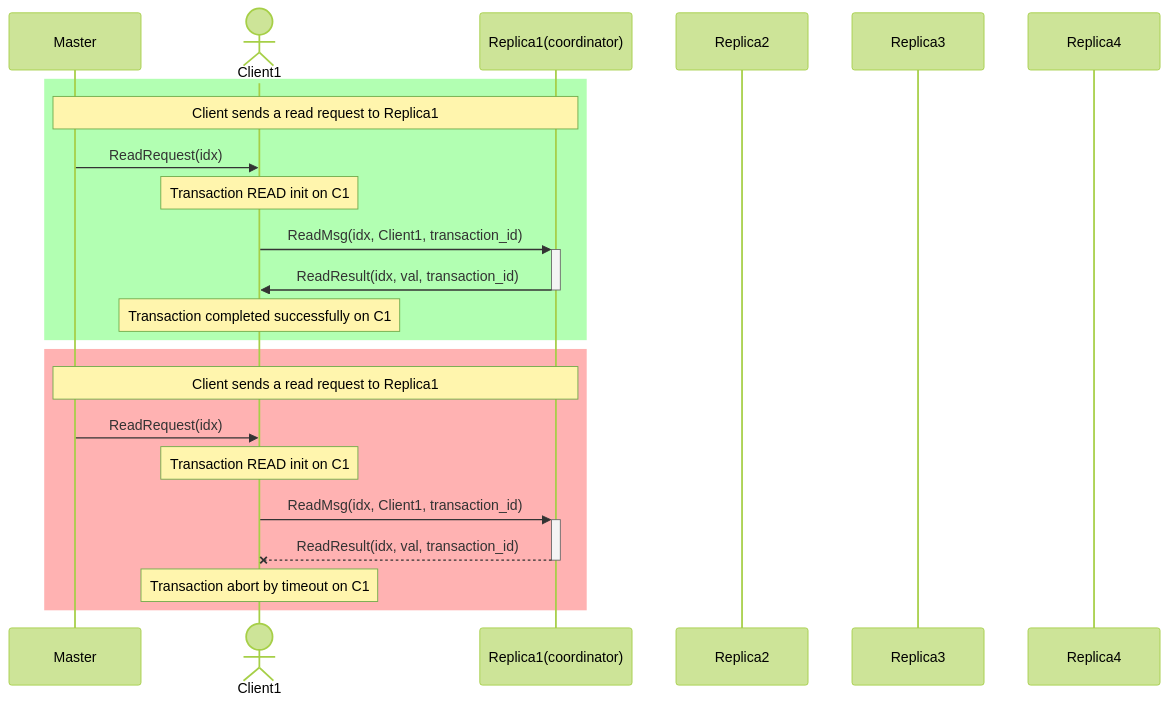
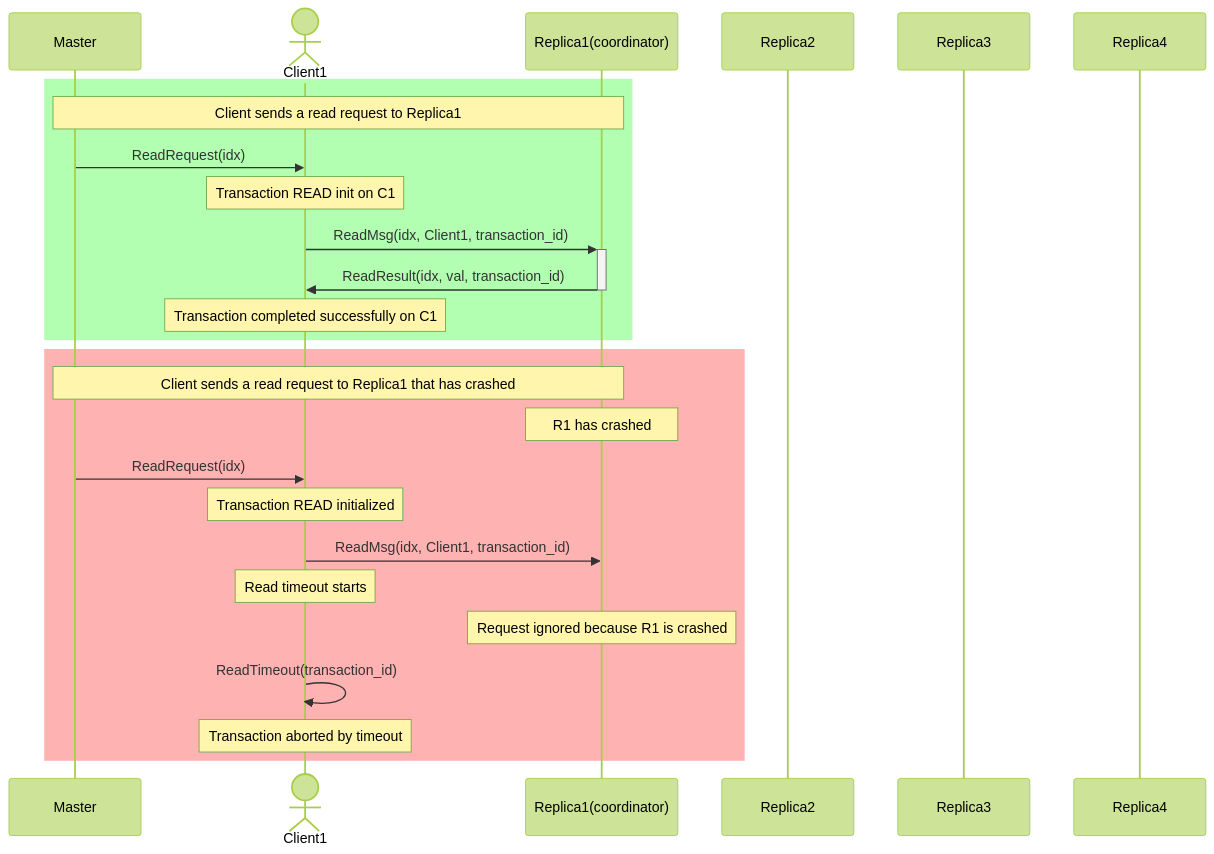
The diagram in charts/transaction_Read.mmd (alanmasu/CoreDump_DS_Project), drawn with Mermaid before and after one commit. The commit also changed 3 other files, not shown here.

Commit message:
docs: Corrected some inconsistencies on the charts

```diff
--- a/charts/transaction_Read.mmd
+++ b/charts/transaction_Read.mmd
@@ -1,33 +1,35 @@
 ---
 config:
   theme: forest
 ---
 sequenceDiagram
     participant M as Master
 
     actor C1 as Client1
     %% actor C2 as Client2
     participant R1 as Replica1(coordinator)
     participant R2 as Replica2
     participant R3 as Replica3
     participant R4 as Replica4
 
     rect rgba(0, 255, 0, 0.3)
         note over M, R1: Client sends a read request to Replica1
         M ->> C1: ReadRequest(idx)
         note over C1: Transaction READ init on C1
         %% then the client starts the timeout for the transaction
         C1 ->>+ R1: ReadMsg(idx, Client1, transaction_id)
         R1 ->>- C1: ReadResult(idx, val, transaction_id)
         note over C1: Transaction completed successfully on C1
     end
 
     rect rgba(255, 0, 0, 0.3)
-        note over M, R1: Client sends a read request to Replica1
-        M ->> C1: ReadRequest(idx)
-        note over C1: Transaction READ init on C1
-        %% then the client starts the timeout for the transaction
-        C1 ->>+ R1: ReadMsg(idx, Client1, transaction_id)
-        R1 --x- C1: ReadResult(idx, val, transaction_id)
-        note over C1: Transaction abort by timeout on C1
+        note over M, R1: Client sends a read request to Replica1 that has crashed
+        note over R1: R1 has crashed  
+        M ->> C1: ReadRequest(idx)  
+        note over C1: Transaction READ initialized  
+        C1 ->> R1: ReadMsg(idx, Client1, transaction_id)  
+        note over C1: Read timeout starts  
+        note over R1: Request ignored because R1 is crashed  
+        C1 ->> C1: ReadTimeout(transaction_id)  
+        note over C1: Transaction aborted by timeout  
     end
```
